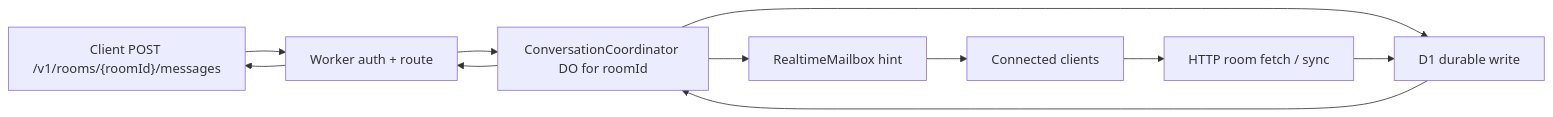
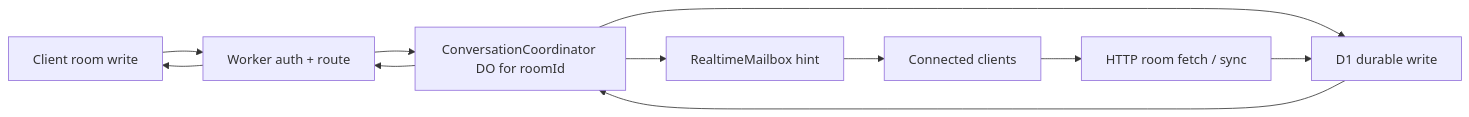
The diagram in docs/conversation-do-implementation-plan.md (microgentic/voyager), drawn with Mermaid before and after one commit. The commit also changed other lines of this file and 10 other files, not shown here.

````diff
--- a/docs/conversation-do-implementation-plan.md
+++ b/docs/conversation-do-implementation-plan.md
@@ -19,13 +19,13 @@
 ```mermaid
 flowchart LR
-  Client["Client POST /v1/rooms/{roomId}/messages"] --> Worker["Worker auth + route"]
+  Client["Client room write"] --> Worker["Worker auth + route"]
   Worker --> Coordinator["ConversationCoordinator DO for roomId"]
   Coordinator --> D1["D1 durable write"]
   D1 --> Coordinator
   Coordinator --> Realtime["RealtimeMailbox hint"]
   Coordinator --> Worker
   Worker --> Client
   Realtime --> Receivers["Connected clients"]
   Receivers --> Reads["HTTP room fetch / sync"]
   Reads --> D1
 ```
````
